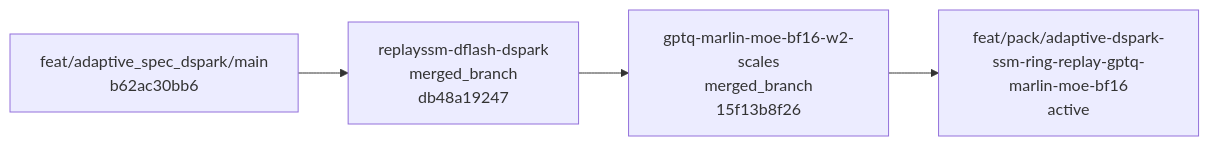
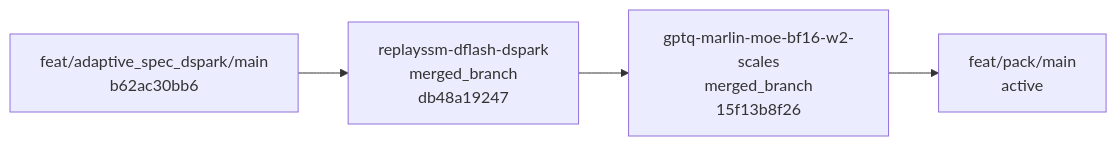
The second of 3 diagrams in BRANCH_GRAPH.md (EanWang211123/sglang), drawn with Mermaid before and after one commit. The commit also changed other lines of this file and 3 other files, not shown here.

Commit message:
meta: rename feature pack branch to feat/pack/main

````diff
--- a/BRANCH_GRAPH.md
+++ b/BRANCH_GRAPH.md
@@ -50,12 +50,12 @@
 ```mermaid
 flowchart LR
     stack_base_adaptive_dspark_replayssm_gptq_marlin_pack["feat/adaptive_spec_dspark/main<br/>b62ac30bb6"]
     stack_adaptive_dspark_replayssm_gptq_marlin_pack_1["replayssm-dflash-dspark<br/>merged_branch<br/>db48a19247"]
     stack_base_adaptive_dspark_replayssm_gptq_marlin_pack --> stack_adaptive_dspark_replayssm_gptq_marlin_pack_1
     click stack_adaptive_dspark_replayssm_gptq_marlin_pack_1 "https://github.com/sgl-project/sglang/pull/36683"
     stack_adaptive_dspark_replayssm_gptq_marlin_pack_2["gptq-marlin-moe-bf16-w2-scales<br/>merged_branch<br/>15f13b8f26"]
     stack_adaptive_dspark_replayssm_gptq_marlin_pack_1 --> stack_adaptive_dspark_replayssm_gptq_marlin_pack_2
     click stack_adaptive_dspark_replayssm_gptq_marlin_pack_2 "https://github.com/sgl-project/sglang/pull/35955"
-    stack_output_adaptive_dspark_replayssm_gptq_marlin_pack["feat/pack/adaptive-dspark-ssm-ring-replay-gptq-marlin-moe-bf16<br/>active"]
+    stack_output_adaptive_dspark_replayssm_gptq_marlin_pack["feat/pack/main<br/>active"]
     stack_adaptive_dspark_replayssm_gptq_marlin_pack_2 --> stack_output_adaptive_dspark_replayssm_gptq_marlin_pack
 ```
````
